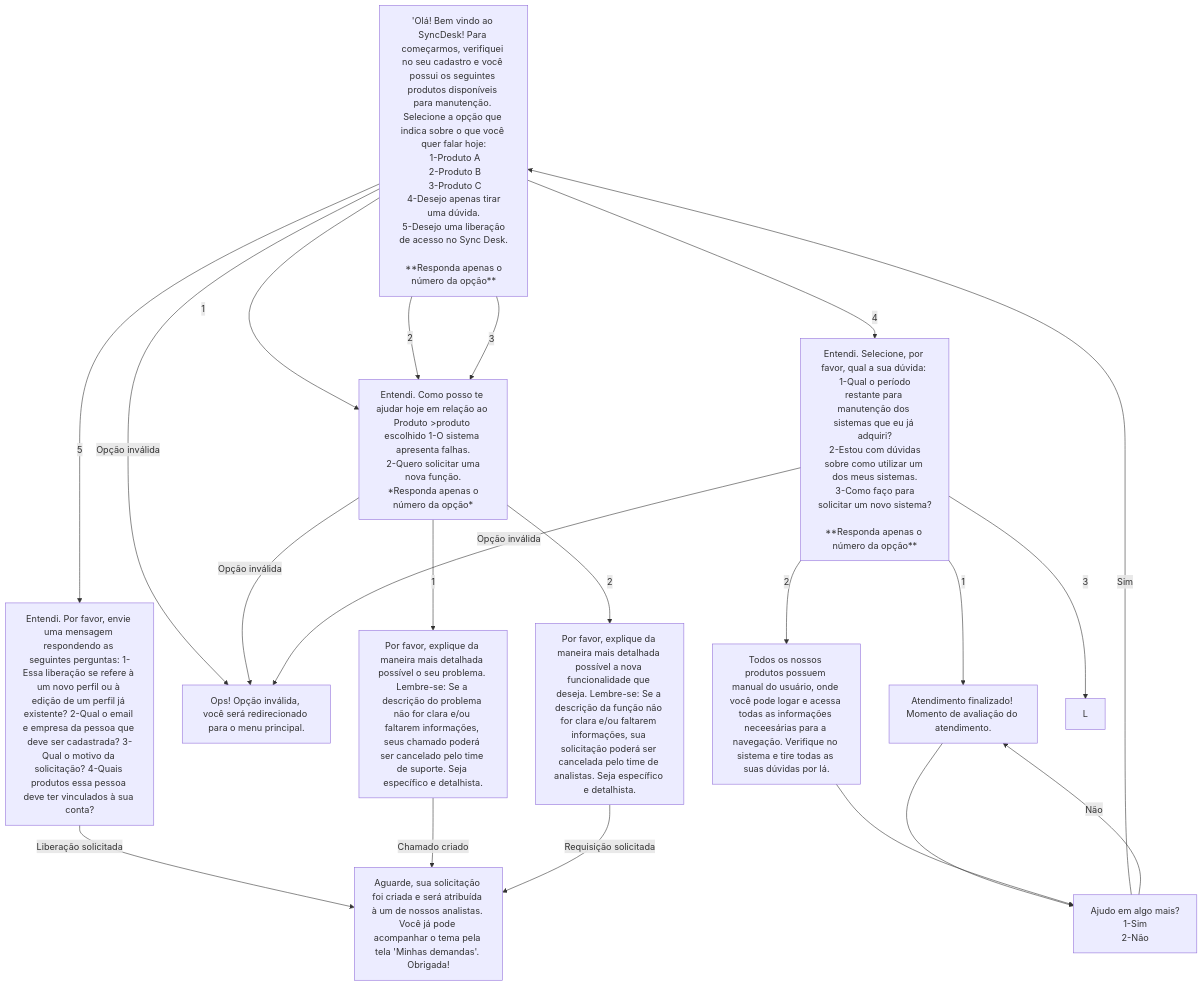
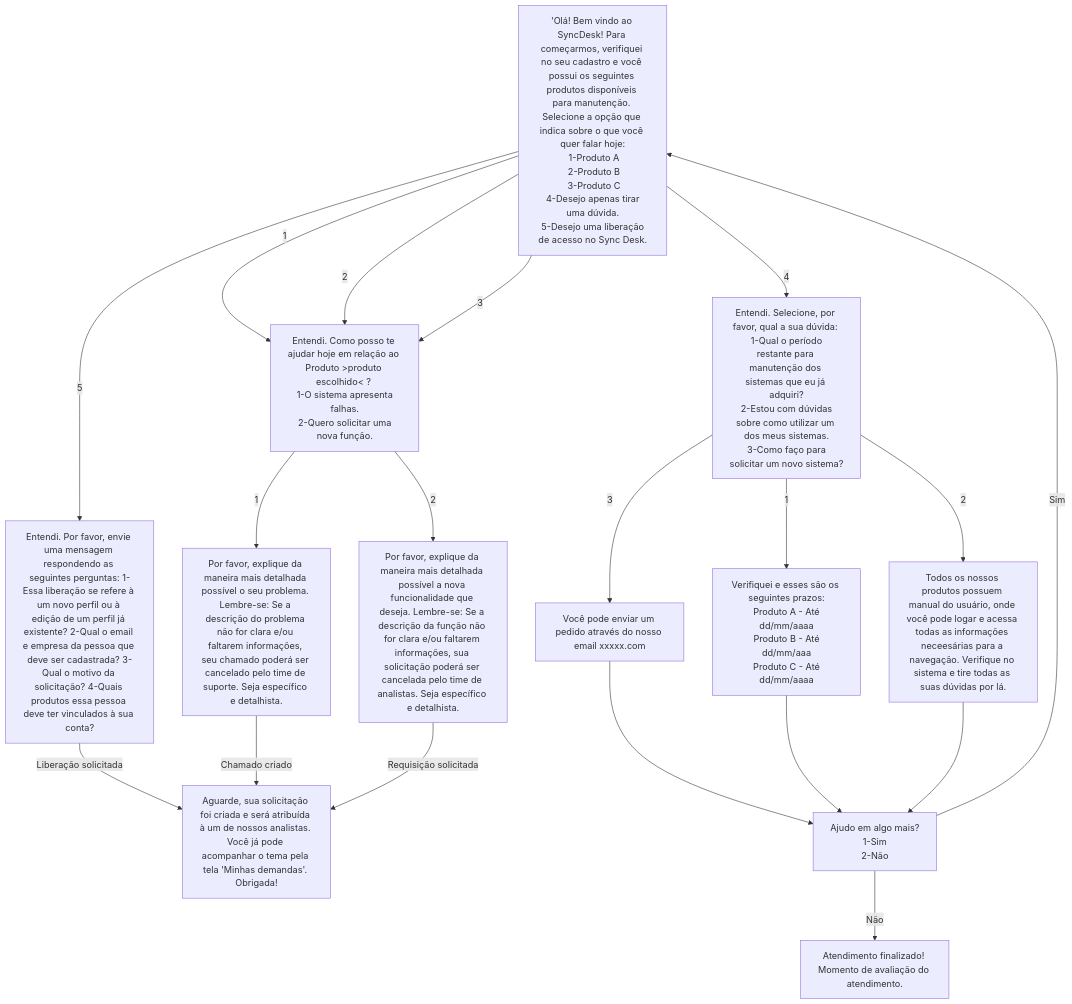
One commit to Titus-System/SyncDesk changed the diagram in docs/diagramas/ura.md. Above: the diagram before and after it, drawn with Mermaid.

Commit message:
Atualizar Diagrama URA

`````diff
--- a/docs/diagramas/ura.md
+++ b/docs/diagramas/ura.md
@@ -1,24 +1,22 @@
 ```mermaid
 flowchart TD
-    A['Olá! Bem vindo ao SyncDesk! Para começarmos, verifiquei no seu cadastro e você possui os seguintes produtos disponíveis para manutenção. Selecione a opção que indica sobre o que você quer falar hoje:<br> 1-Produto A<br> 2-Produto B<br> 3-Produto C<br> 4-Desejo apenas tirar uma dúvida.<br> 5-Desejo uma liberação de acesso no Sync Desk.<br><br> **Responda apenas o número da opção**]
+    A['Olá! Bem vindo ao SyncDesk! Para começarmos, verifiquei no seu cadastro e você possui os seguintes produtos disponíveis para manutenção. Selecione a opção que indica sobre o que você quer falar hoje:<br> 1-Produto A<br> 2-Produto B<br> 3-Produto C<br> 4-Desejo apenas tirar uma dúvida.<br> 5-Desejo uma liberação de acesso no Sync Desk.]
     A -->|1| B
     A -->|2| B
-    A -->|3| B[Entendi. Como posso te ajudar hoje em relação ao Produto >produto escolhido<? <br> 1-O sistema apresenta falhas.<br> 2-Quero solicitar uma nova função.<br> *Responda apenas o número da opção*]
-    A -->|4| C[Entendi. Selecione, por favor, qual a sua dúvida: <br> 1-Qual o período restante para manutenção dos sistemas que eu já adquiri?<br> 2-Estou com dúvidas sobre como utilizar um dos meus sistemas.<br> 3-Como faço para solicitar um novo sistema?<br><br>**Responda apenas o número da opção**]
+    A -->|3| B[Entendi. Como posso te ajudar hoje em relação ao Produto >produto escolhido< ? <br> 1-O sistema apresenta falhas.<br> 2-Quero solicitar uma nova função.]
+    A -->|4| C[Entendi. Selecione, por favor, qual a sua dúvida: <br> 1-Qual o período restante para manutenção dos sistemas que eu já adquiri?<br> 2-Estou com dúvidas sobre como utilizar um dos meus sistemas.<br> 3-Como faço para solicitar um novo sistema?]
     A -->|5| D[Entendi. Por favor, envie uma mensagem respondendo as seguintes perguntas: 1-Essa liberação se refere à um novo perfil ou à edição de um perfil já existente? 2-Qual o email e empresa da pessoa que deve ser cadastrada? 3-Qual o motivo da solicitação? 4-Quais produtos essa pessoa deve ter vinculados à sua conta?]
-    A -->|Opção inválida| Z[Ops! Opção inválida, você será redirecionado para o menu principal.]
-    B -->|1| F[Por favor, explique da maneira mais detalhada possível o seu problema. Lembre-se: Se a descrição do problema não for clara e/ou faltarem informações, seus chamado poderá ser cancelado pelo time de suporte. Seja específico e detalhista.]
+    B -->|1| F[Por favor, explique da maneira mais detalhada possível o seu problema. Lembre-se: Se a descrição do problema não for clara e/ou faltarem informações, seu chamado poderá ser cancelado pelo time de suporte. Seja específico e detalhista.]
     B -->|2| G[Por favor, explique da maneira mais detalhada possível a nova funcionalidade que deseja. Lembre-se: Se a descrição da função não for clara e/ou faltarem informações, sua solicitação poderá ser cancelada pelo time de analistas. Seja específico e detalhista.]
-    B -->|Opção inválida| Z
-    C -->|1| I[Verifiquei e esses são os seguintes prazos:<br> Produto A - Até dd/mm/aaaa<br> Produto B - Até dd/mm/aaa<br> Produto C - Até dd/mm/aaaa]
+    C -->|1| X[Verifiquei e esses são os seguintes prazos:<br> Produto A - Até dd/mm/aaaa<br> Produto B - Até dd/mm/aaa<br> Produto C - Até dd/mm/aaaa]
     C -->|2| J[Todos os nossos produtos possuem manual do usuário, onde você pode logar e acessa todas as informações neceesárias para a navegação. Verifique no sistema e tire todas as suas dúvidas por lá.]
-    C -->|3| L
-    C -->|Opção inválida| Z
+    C -->|3| L[Você pode enviar um pedido através do nosso email xxxxx.com]
     D -->|Liberação solicitada| E[Aguarde, sua solicitação foi criada e será atribuída à um de nossos analistas. Você já pode acompanhar o tema pela tela 'Minhas demandas'. Obrigada!]
+    L --> H
     F -->|Chamado criado| E
     G -->|Requisição solicitada| E
-    I --> H[Ajudo em algo mais?<br> 1-Sim<br> 2-Não]
+    X --> H[Ajudo em algo mais?<br> 1-Sim<br> 2-Não]
     J --> H
     H -->|Sim| A
     H -->|Não| I[Atendimento finalizado! Momento de avaliação do atendimento.]
-```
+````
`````
